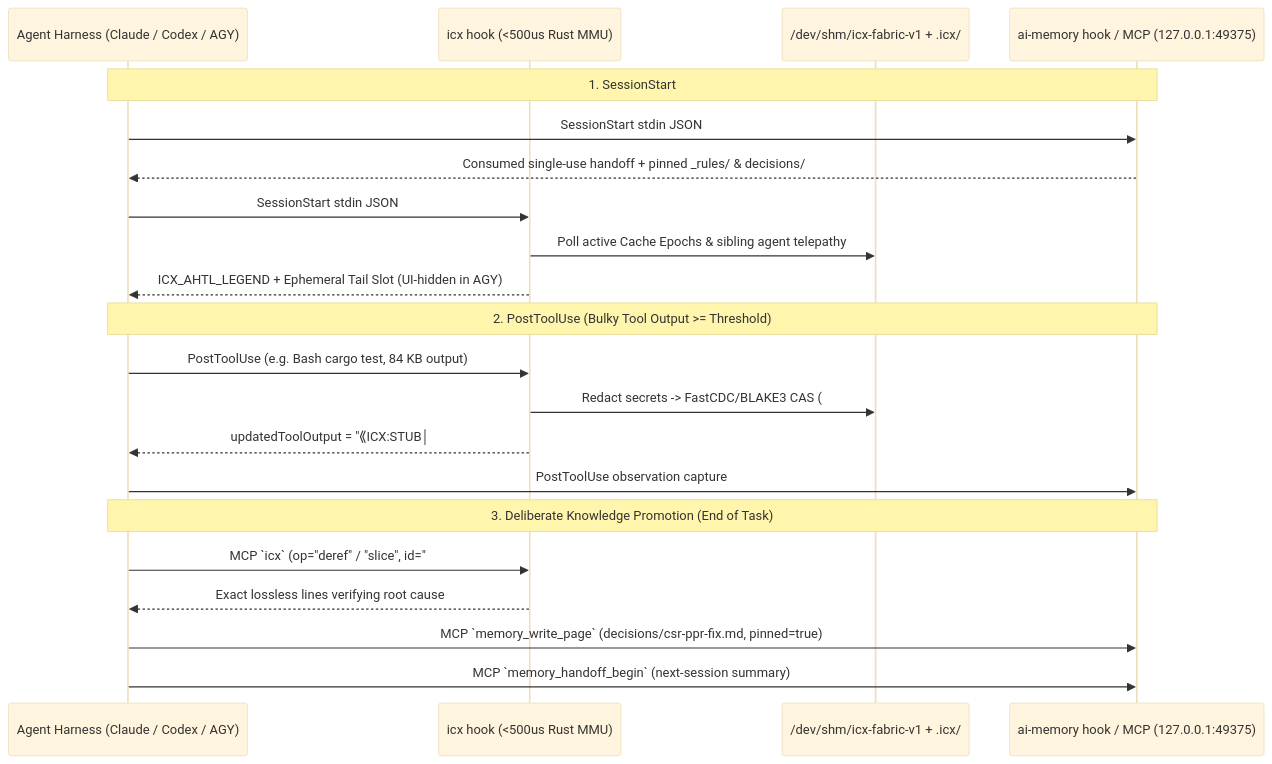
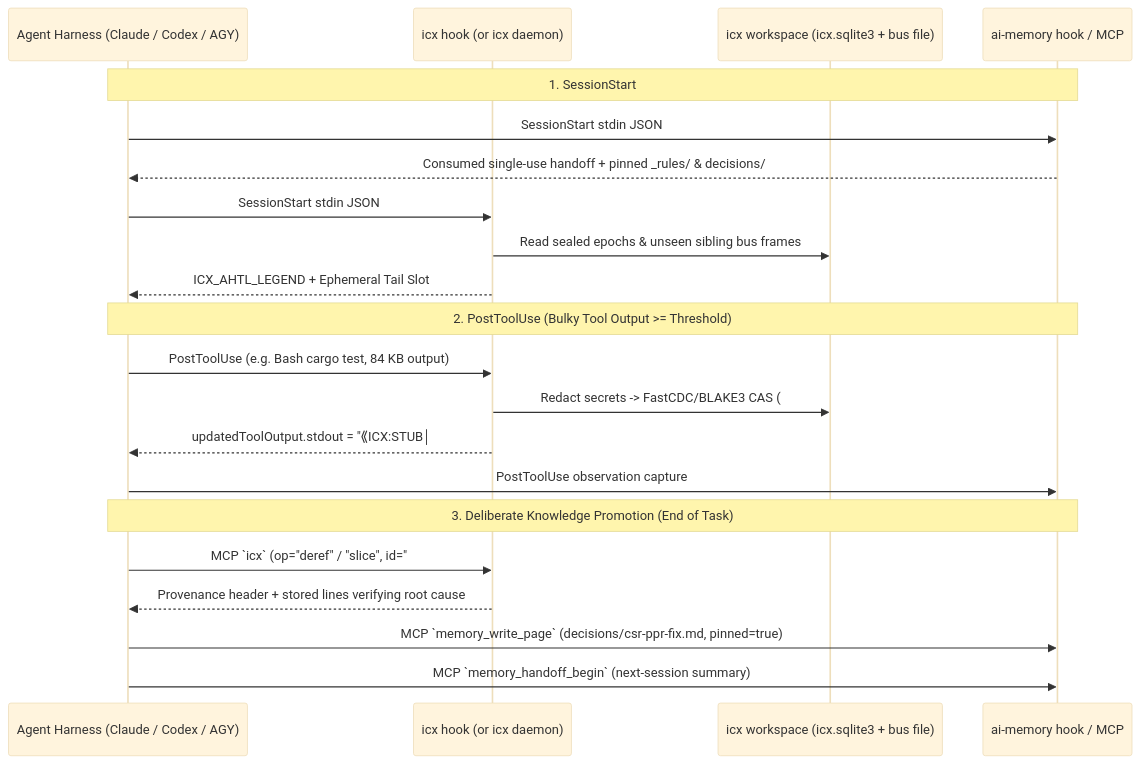
One commit to doublegate/Infinity-Context changed the second of 3 diagrams in docs/deployment-and-agent-integration-guide.md. Above: the diagram before and after it, drawn with Mermaid (base theme). The commit also changed other lines of this file and 146 other files, not shown here.

````diff
--- a/docs/deployment-and-agent-integration-guide.md
+++ b/docs/deployment-and-agent-integration-guide.md
@@ -640,26 +488,26 @@
 ```mermaid
 sequenceDiagram
     participant Agent as Agent Harness (Claude / Codex / AGY)
-    participant ICX as icx hook (<500us Rust MMU)
-    participant Shm as /dev/shm/icx-fabric-v1 + .icx/
-    participant AIM as ai-memory hook / MCP (127.0.0.1:49375)
+    participant ICX as icx hook (or icx daemon)
+    participant WS as icx workspace (icx.sqlite3 + bus file)
+    participant AIM as ai-memory hook / MCP
 
     Note over Agent,AIM: 1. SessionStart
     Agent->>AIM: SessionStart stdin JSON
     AIM-->>Agent: Consumed single-use handoff + pinned _rules/ & decisions/
     Agent->>ICX: SessionStart stdin JSON
-    ICX->>Shm: Poll active Cache Epochs & sibling agent telepathy
-    ICX-->>Agent: ICX_AHTL_LEGEND + Ephemeral Tail Slot (UI-hidden in AGY)
+    ICX->>WS: Read sealed epochs & unseen sibling bus frames
+    ICX-->>Agent: ICX_AHTL_LEGEND + Ephemeral Tail Slot
 
     Note over Agent,AIM: 2. PostToolUse (Bulky Tool Output >= Threshold)
     Agent->>ICX: PostToolUse (e.g. Bash cargo test, 84 KB output)
-    ICX->>Shm: Redact secrets -> FastCDC/BLAKE3 CAS (#icx:a8f02b91) -> Publish Seqlock slot
-    ICX-->>Agent: updatedToolOutput = "⟪ICX:STUB│#icx:a8f02b91│raw=84210B→312B...⟫"
+    ICX->>WS: Redact secrets -> FastCDC/BLAKE3 CAS (#icx:a8f02b91c4d5e6f7) -> publish bus slot
+    ICX-->>Agent: updatedToolOutput.stdout = "⟪ICX:STUB│#icx:a8f02b91c4d5e6f7│raw=84210B→312B...⟫"
     Agent->>AIM: PostToolUse observation capture
 
     Note over Agent,AIM: 3. Deliberate Knowledge Promotion (End of Task)
-    Agent->>ICX: MCP `icx` (op="deref" / "slice", id="#icx:a8f02b91")
-    ICX-->>Agent: Exact lossless lines verifying root cause
+    Agent->>ICX: MCP `icx` (op="deref" / "slice", id="#icx:a8f02b91c4d5e6f7")
+    ICX-->>Agent: Provenance header + stored lines verifying root cause
     Agent->>AIM: MCP `memory_write_page` (decisions/csr-ppr-fix.md, pinned=true)
     Agent->>AIM: MCP `memory_handoff_begin` (next-session summary)
 ```
````
